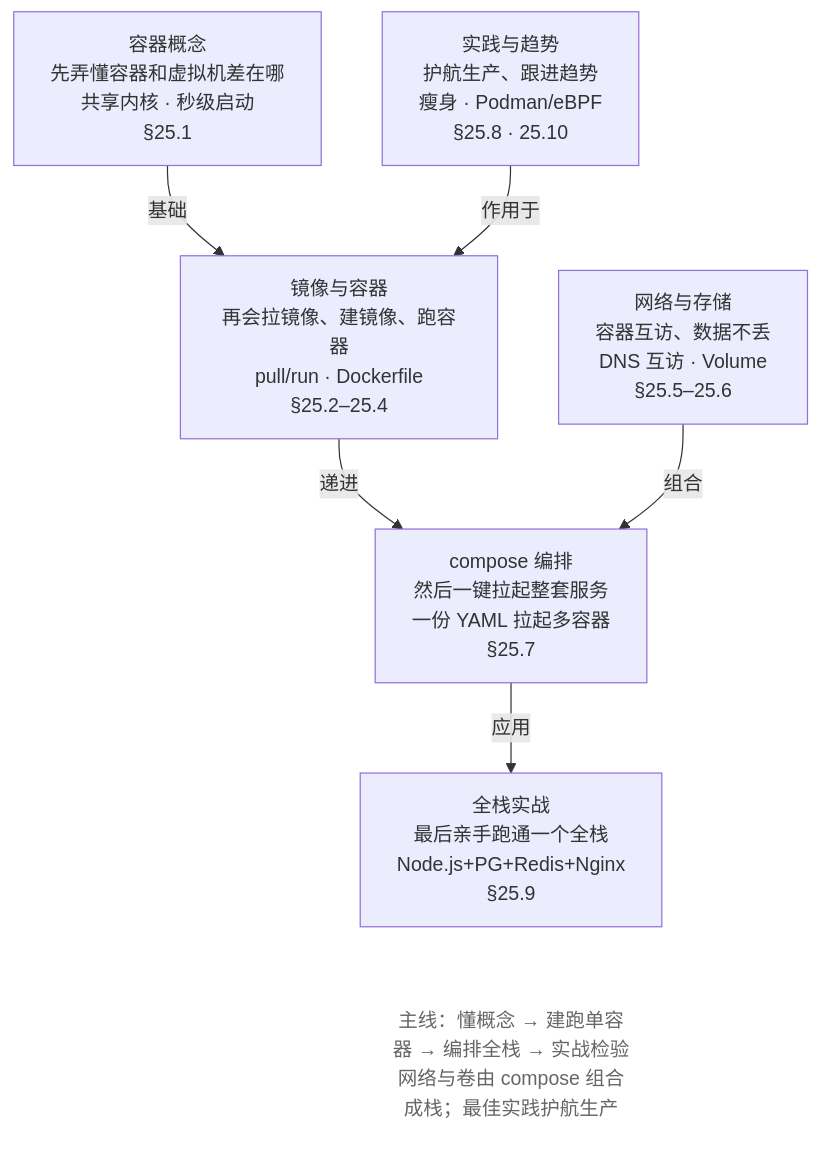
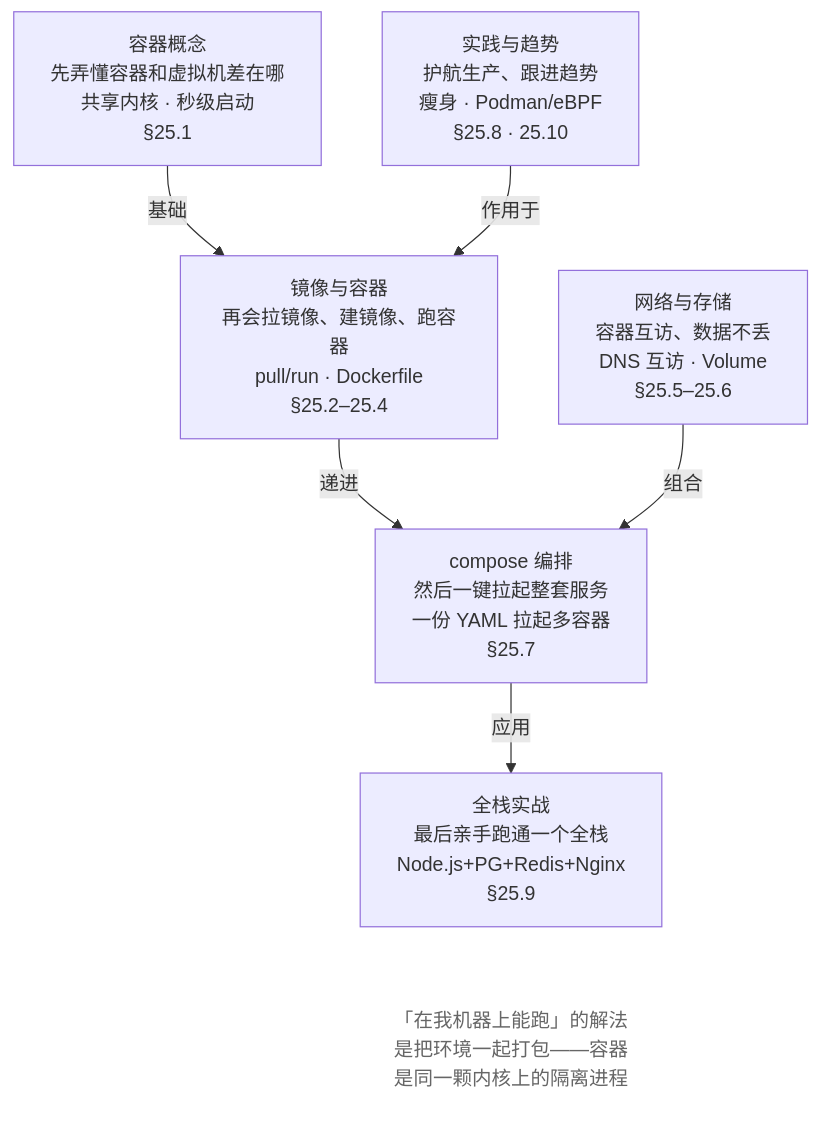
Before and after one commit to wangxiangnan/wangxiangnan.github.io: the first of 3 diagrams in src/linux-command/ch25.md, drawn with Mermaid. The commit also changed other lines of this file and 25 other files, not shown here.

````diff
--- a/src/linux-command/ch25.md
+++ b/src/linux-command/ch25.md
@@ -14,20 +14,20 @@
 ```mermaid
 flowchart TB
     A["容器概念<br>先弄懂容器和虚拟机差在哪<br>共享内核 · 秒级启动<br>§25.1"]
     B["镜像与容器<br>再会拉镜像、建镜像、跑容器<br>pull/run · Dockerfile<br>§25.2–25.4"]
     C["实践与趋势<br>护航生产、跟进趋势<br>瘦身 · Podman/eBPF<br>§25.8 · 25.10"]
     D["compose 编排<br>然后一键拉起整套服务<br>一份 YAML 拉起多容器<br>§25.7"]
     E["网络与存储<br>容器互访、数据不丢<br>DNS 互访 · Volume<br>§25.5–25.6"]
     F["全栈实战<br>最后亲手跑通一个全栈<br>Node.js+PG+Redis+Nginx<br>§25.9"]
-    NOTE["主线：懂概念 → 建跑单容器 → 编排全栈 → 实战检验<br>网络与卷由 compose 组合成栈；最佳实践护航生产"]
+    NOTE["「在我机器上能跑」的解法是把环境一起打包——容器是同一颗内核上的隔离进程"]
 
     A -->|基础| B
     C -->|作用于| B
     B -->|递进| D
     E -->|组合| D
     D -->|应用| F
     F ~~~ NOTE
 
     classDef note fill:none,stroke:none,color:#666
     class NOTE note
 ```
````
